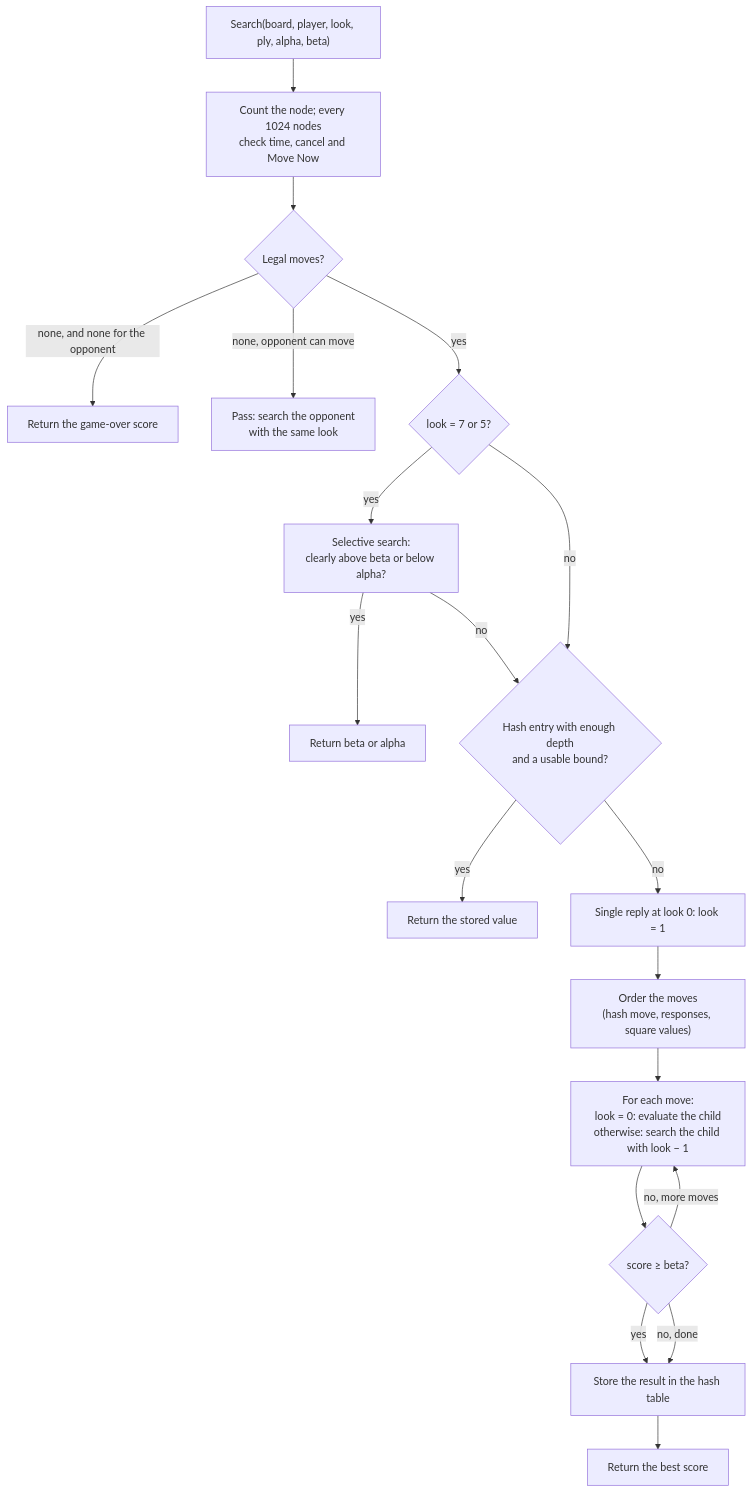
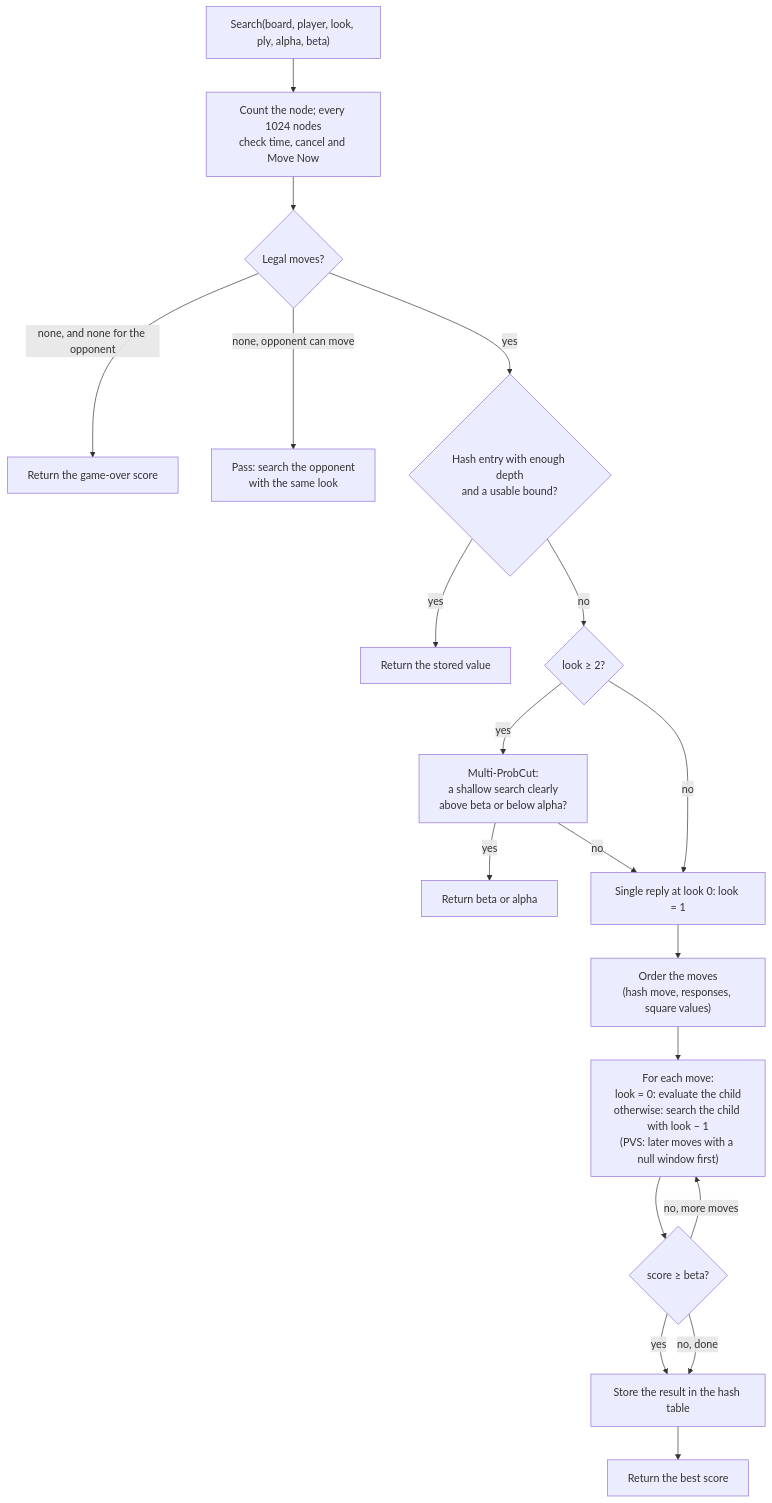
The second of 3 diagrams in docs/brain/06-midgame-search.md (cjp-dev/Stello), drawn with Mermaid before and after one commit. The commit also changed other lines of this file and 32 other files, not shown here.

First line of the commit message:
Stello 2.x phase 5, item 3: Multi-ProbCut with a fitted error model

````diff
--- a/docs/brain/06-midgame-search.md
+++ b/docs/brain/06-midgame-search.md
@@ -96,21 +96,21 @@
 ```mermaid
 flowchart TD
     N["Search(board, player, look, ply, alpha, beta)"] --> Count["Count the node; every 1024 nodes<br/>check time, cancel and Move Now"]
     Count --> Legal{"Legal moves?"}
     Legal -- "none, and none for the opponent" --> Over["Return the game-over score"]
     Legal -- "none, opponent can move" --> PassNode["Pass: search the opponent<br/>with the same look"]
-    Legal -- "yes" --> Sel{"look = 7 or 5?"}
-    Sel -- "yes" --> SelTest["Selective search:<br/>clearly above beta or below alpha?"]
+    Legal -- "yes" --> Hash{"Hash entry with enough depth<br/>and a usable bound?"}
+    Hash -- "yes" --> HashCut["Return the stored value"]
+    Hash -- "no" --> Sel{"look ≥ 2?"}
+    Sel -- "yes" --> SelTest["Multi-ProbCut:<br/>a shallow search clearly<br/>above beta or below alpha?"]
     SelTest -- "yes" --> SelCut["Return beta or alpha"]
-    SelTest -- "no" --> Hash
-    Sel -- "no" --> Hash{"Hash entry with enough depth<br/>and a usable bound?"}
-    Hash -- "yes" --> HashCut["Return the stored value"]
-    Hash -- "no" --> Ext["Single reply at look 0: look = 1"]
+    SelTest -- "no" --> Ext
+    Sel -- "no" --> Ext["Single reply at look 0: look = 1"]
     Ext --> Order["Order the moves<br/>(hash move, responses, square values)"]
-    Order --> Loop["For each move:<br/>look = 0: evaluate the child<br/>otherwise: search the child with look − 1"]
+    Order --> Loop["For each move:<br/>look = 0: evaluate the child<br/>otherwise: search the child with look − 1<br/>(PVS: later moves with a null window first)"]
     Loop --> Cut{"score ≥ beta?"}
     Cut -- "yes" --> Store
     Cut -- "no, more moves" --> Loop
     Cut -- "no, done" --> Store["Store the result in the hash table"]
     Store --> Ret["Return the best score"]
 ```
````
